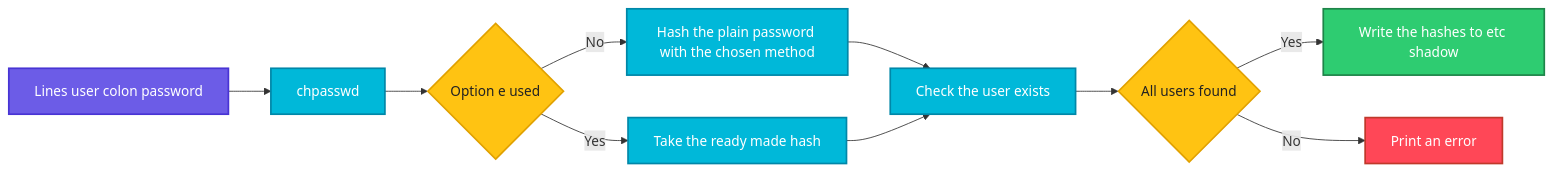
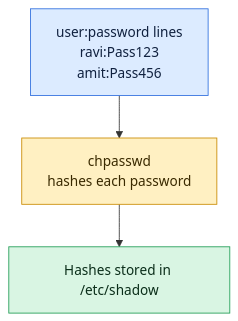
Before and after one commit to codeKerdosTech/DevOps-Documentation: the diagram in linux/user-management/chpasswd.md, drawn with Mermaid. The commit also changed other lines of this file and 165 other files, not shown here.

Commit message:
updated diagrams in linux

````diff
--- a/linux/user-management/chpasswd.md
+++ b/linux/user-management/chpasswd.md
@@ -18,25 +18,13 @@
 ```mermaid
-flowchart LR
-    A[Lines user colon password] --> B[chpasswd]
-    B --> C{Option e used}
-    C -->|No| D[Hash the plain password with the chosen method]
-    C -->|Yes| E[Take the ready made hash]
-    D --> F[Check the user exists]
-    E --> F
-    F --> G{All users found}
-    G -->|Yes| H[Write the hashes to etc shadow]
-    G -->|No| I[Print an error]
-    classDef start fill:#6C5CE7,stroke:#4834D4,stroke-width:2px,color:#fff
-    classDef proc fill:#00B8D9,stroke:#0087A8,stroke-width:2px,color:#fff
-    classDef dec fill:#FFC312,stroke:#E1A100,stroke-width:2px,color:#222
-    classDef ok fill:#2ECC71,stroke:#1E8449,stroke-width:2px,color:#fff
-    classDef err fill:#FF4757,stroke:#C0392B,stroke-width:2px,color:#fff
-    classDef out fill:#FD79A8,stroke:#E84393,stroke-width:2px,color:#fff
-    classDef alt fill:#FF9F43,stroke:#E67E22,stroke-width:2px,color:#fff
-    class A start
-    class B proc
-    class C,G dec
-    class D,E,F proc
-    class H ok
-    class I err
+flowchart TD
+    i1[user:password lines<br/>ravi:Pass123<br/>amit:Pass456] --> c1[chpasswd<br/>hashes each password]
+    c1 --> o1[Hashes stored in /etc/shadow]
+    classDef inp fill:#DCEBFF,stroke:#2F6FDE,color:#10213F
+    classDef cmd fill:#FFF0C2,stroke:#C98A00,color:#3A2A00
+    classDef out fill:#D9F5E3,stroke:#1F9D55,color:#0B2E1A
+    classDef bad fill:#FDE0E0,stroke:#D13B3B,color:#4A0F0F
+    classDef note fill:#ECEFF3,stroke:#7B8794,color:#1F2933
+    class i1 inp
+    class c1 cmd
+    class o1 out
 ```
````
